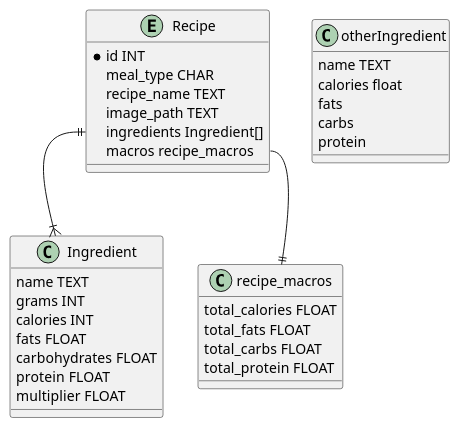
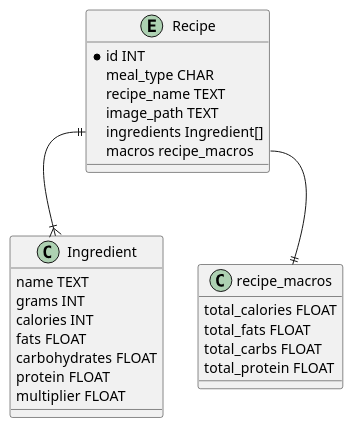
The second of 4 diagrams in Recipe.puml (LegendsAndreas/kitchen-app), drawn with PlantUML before and after one commit. The commit also changed other lines of this file and 19 other files, not shown here.

```diff
--- a/Recipe.puml
+++ b/Recipe.puml
@@ -33,39 +33,31 @@
 @startuml
 'DB Diagram
 entity Recipe {
     * id INT
     meal_type CHAR
     recipe_name TEXT
     image_path TEXT
     ingredients Ingredient[]
     macros recipe_macros
 }
 
 class Ingredient {
     name TEXT
     grams INT
     calories INT
     fats FLOAT
     carbohydrates FLOAT
     protein FLOAT
     multiplier FLOAT
 }
 
 class recipe_macros {
     total_calories FLOAT
     total_fats FLOAT
     total_carbs FLOAT
     total_protein FLOAT
 }
 
-class otherIngredient{
-    name TEXT
-    calories float
-    fats
-    carbs
-    protein
-}
-
 Recipe::ingredient ||--|{ Ingredient
 Recipe::macros --|| recipe_macros
 @enduml
```
